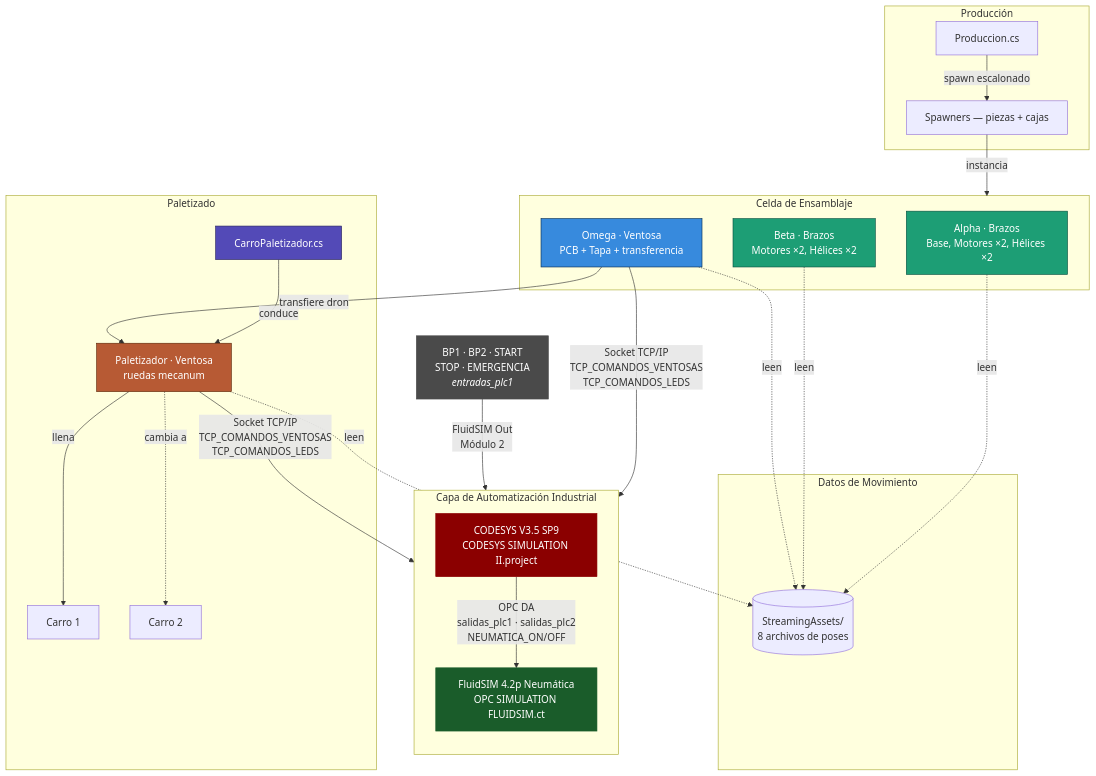
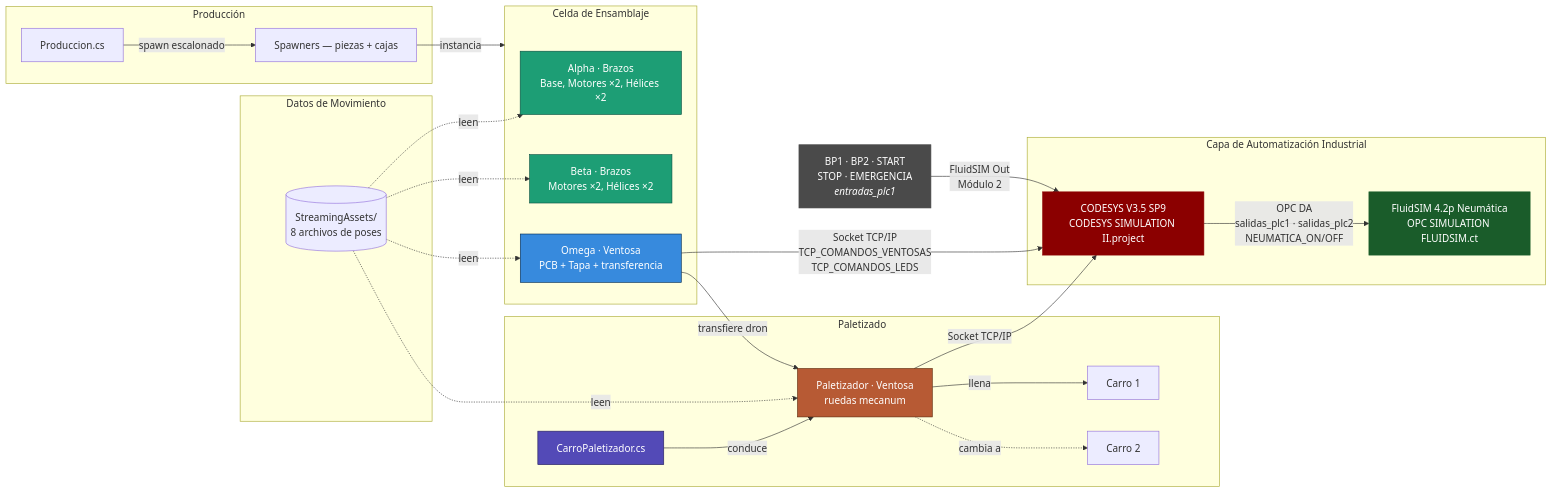
One commit to jorgefajardom-coder/drone-packaging-simulation-unity changed the tenth of 12 diagrams in README.md. Above: the diagram before and after it, drawn with Mermaid. The commit also changed other lines of this file, not shown here.

First line of the commit message:
docs: restructure diagrams to eliminate arrow overlaps

````diff
--- a/README.md
+++ b/README.md
@@ -1558,46 +1573,49 @@
 ```mermaid
-graph TB
-    subgraph EXT["Capa de Automatización Industrial"]
-        direction TB
-        PLC["CODESYS V3.5 SP9<br/>CODESYS SIMULATION II.project"]
-        OPC["FluidSIM 4.2p Neumática<br/>OPC SIMULATION FLUIDSIM.ct"]
-        PLC -->|"OPC DA<br/>salidas_plc1 · salidas_plc2<br/>NEUMATICA_ON/OFF"| OPC
-    end
-
+graph LR
     subgraph PROD["Producción"]
         P[Produccion.cs] -->|spawn escalonado| SP[Spawners — piezas + cajas]
     end
 
     subgraph JSON["Datos de Movimiento"]
         JF[(StreamingAssets/<br/>8 archivos de poses)]
     end
 
     subgraph ASSEMBLY["Celda de Ensamblaje"]
         B1[Alpha · Brazos<br/>Base, Motores ×2, Hélices ×2]
         B2[Beta · Brazos<br/>Motores ×2, Hélices ×2]
         B3[Omega · Ventosa<br/>PCB + Tapa + transferencia]
     end
 
     subgraph PALLET["Paletizado"]
         CARRO[CarroPaletizador.cs] -->|conduce| B4[Paletizador · Ventosa<br/>ruedas mecanum]
         B4 -->|llena| C1[Carro 1]
         B4 -.->|cambia a| C2[Carro 2]
     end
 
+    subgraph EXT["Capa de Automatización Industrial"]
+        PLC["CODESYS V3.5 SP9<br/>CODESYS SIMULATION II.project"]
+        OPC["FluidSIM 4.2p Neumática<br/>OPC SIMULATION FLUIDSIM.ct"]
+        PLC -->|"OPC DA<br/>salidas_plc1 · salidas_plc2<br/>NEUMATICA_ON/OFF"| OPC
+    end
+
     HW["BP1 · BP2 · START<br/>STOP · EMERGENCIA<br/><i>entradas_plc1</i>"]
 
     SP -->|instancia| ASSEMBLY
-    B1 & B2 & B3 & B4 -. leen .-> JF
+    JF -. leen .-> B1
+    JF -. leen .-> B2
+    JF -. leen .-> B3
+    JF -. leen .-> B4
     B3 -->|transfiere dron| B4
-    B3 & B4 -->|"Socket TCP/IP<br/>TCP_COMANDOS_VENTOSAS<br/>TCP_COMANDOS_LEDS"| PLC
+    B3 -->|"Socket TCP/IP<br/>TCP_COMANDOS_VENTOSAS<br/>TCP_COMANDOS_LEDS"| PLC
+    B4 -->|Socket TCP/IP| PLC
     HW -->|"FluidSIM Out<br/>Módulo 2"| PLC
 
     style B1 fill:#1D9E75,stroke:#085041,color:#fff
     style B2 fill:#1D9E75,stroke:#085041,color:#fff
     style B3 fill:#378ADD,stroke:#042C53,color:#fff
     style B4 fill:#B75A34,stroke:#5C2506,color:#fff
     style CARRO fill:#534AB7,stroke:#26215C,color:#fff
     style PLC fill:#8b0000,color:#fff,stroke:#8b0000
     style OPC fill:#1a5c2a,color:#fff,stroke:#1a5c2a
     style HW fill:#4a4a4a,color:#fff,stroke:#4a4a4a
 ```
````
